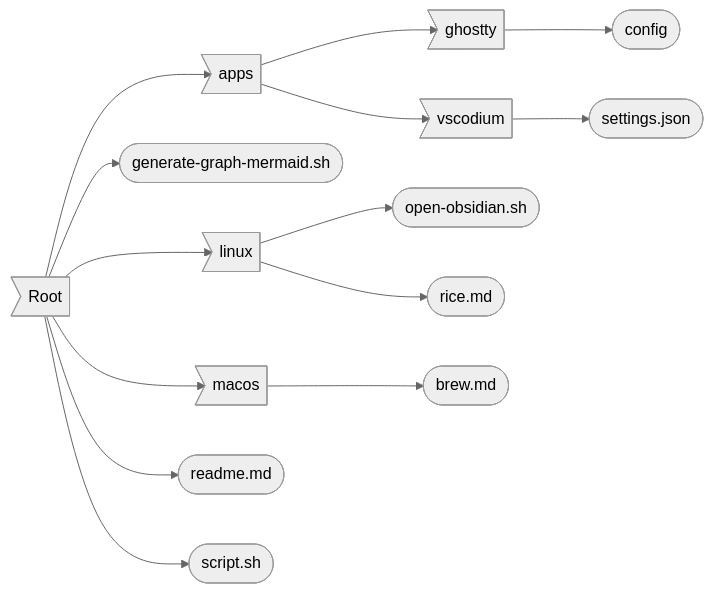
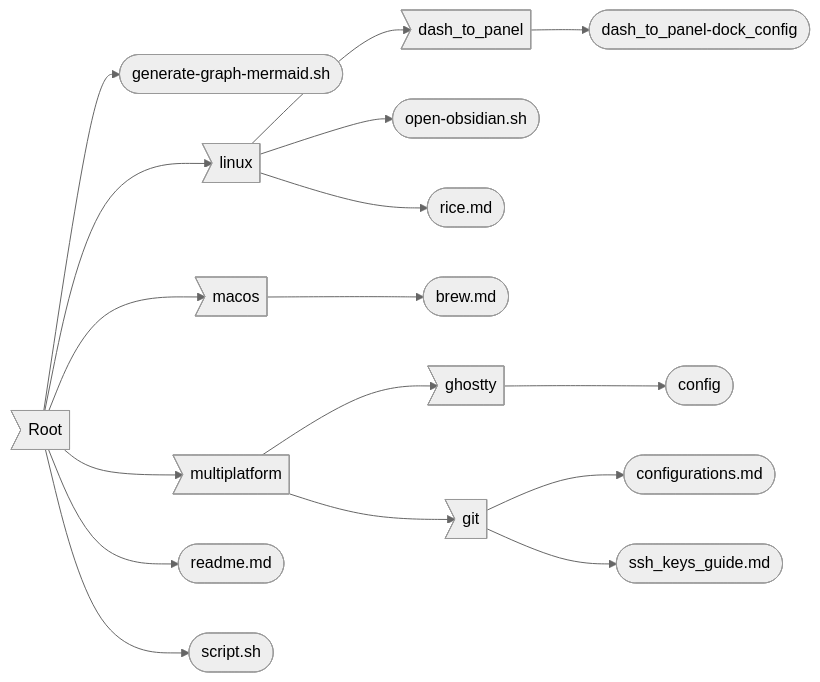
The diagram in readme.md (tylerwhite-dev/dotfiles), drawn with Mermaid (neutral theme) before and after one commit.

````diff
--- a/readme.md
+++ b/readme.md
@@ -1,17 +1,20 @@
 ```mermaid
 graph LR;
     Root[.]
-    Root>Root] --> apps>apps]
-    apps>apps] --> ghostty>ghostty]
-    ghostty>ghostty] --> config([config])
-    apps>apps] --> vscodium>vscodium]
-    vscodium>vscodium] --> settings.json([settings.json])
     Root>Root] --> generate-graph-mermaid.sh([generate-graph-mermaid.sh])
     Root>Root] --> linux>linux]
+    linux>linux] --> dash_to_panel>dash_to_panel]
+    dash_to_panel>dash_to_panel] --> dash_to_panel-dock_config([dash_to_panel-dock_config])
     linux>linux] --> open-obsidian.sh([open-obsidian.sh])
     linux>linux] --> rice.md([rice.md])
     Root>Root] --> macos>macos]
     macos>macos] --> brew.md([brew.md])
+    Root>Root] --> multiplatform>multiplatform]
+    multiplatform>multiplatform] --> ghostty>ghostty]
+    ghostty>ghostty] --> config([config])
+    multiplatform>multiplatform] --> git>git]
+    git>git] --> configurations.md([configurations.md])
+    git>git] --> ssh_keys_guide.md([ssh_keys_guide.md])
     Root>Root] --> readme.md([readme.md])
     Root>Root] --> script.sh([script.sh])
 ```
````
